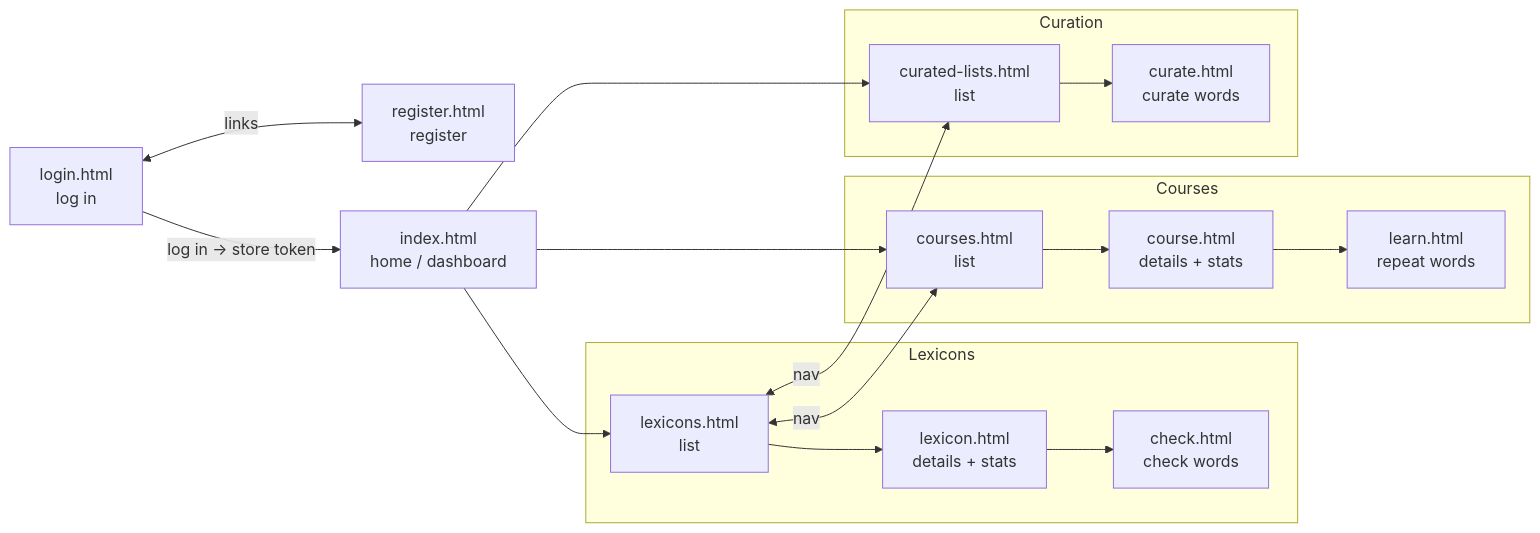
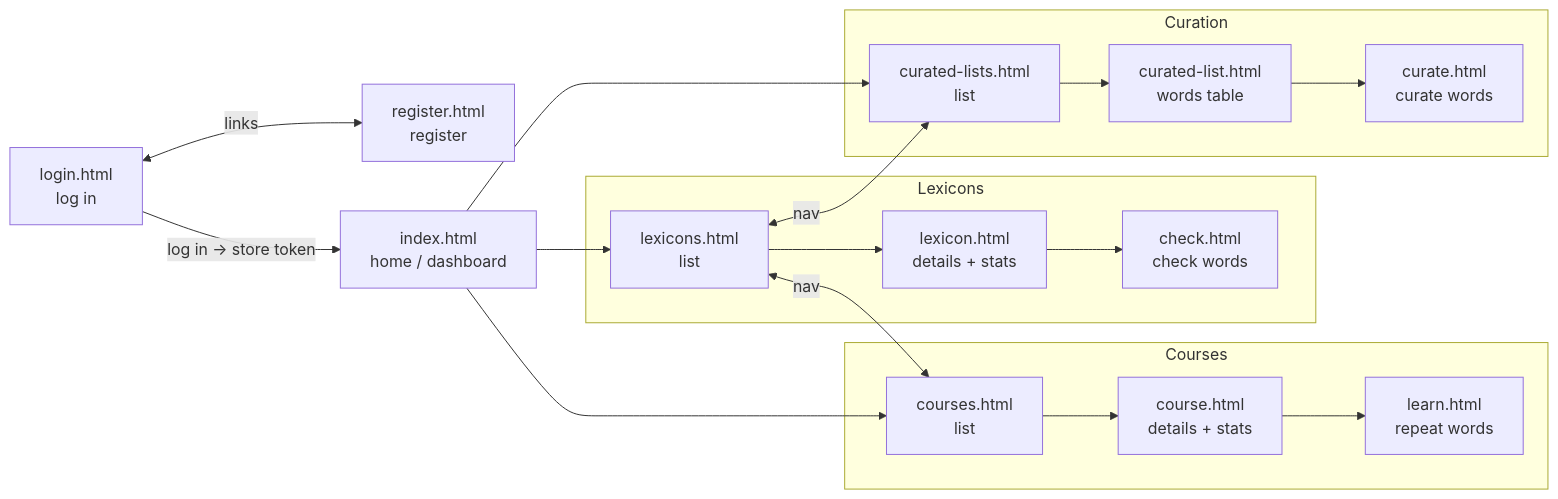
The first of 3 diagrams in web/README.md (enzet/Emmio), drawn with Mermaid before and after one commit. The commit also changed other lines of this file and 8 other files, not shown here.

````diff
--- a/web/README.md
+++ b/web/README.md
@@ -71,34 +72,35 @@
 ```mermaid
 flowchart LR
     login["login.html<br/>log in"]
     register["register.html<br/>register"]
     home["index.html<br/>home / dashboard"]
     login <-->|"links"| register
 
     subgraph lex["Lexicons"]
         lexicons["lexicons.html<br/>list"]
         lexicon["lexicon.html<br/>details + stats"]
         check["check.html<br/>check words"]
         lexicons --> lexicon --> check
     end
 
     subgraph courses["Courses"]
         courseList["courses.html<br/>list"]
         course["course.html<br/>details + stats"]
         learn["learn.html<br/>repeat words"]
         courseList --> course --> learn
     end
 
     subgraph curation["Curation"]
         curatedLists["curated-lists.html<br/>list"]
+        curatedList["curated-list.html<br/>words table"]
         curate["curate.html<br/>curate words"]
-        curatedLists --> curate
+        curatedLists --> curatedList --> curate
     end
 
     login -->|"log in → store token"| home
     home --> lexicons
     home --> courseList
     home --> curatedLists
     lexicons <-->|"nav"| courseList
     lexicons <-->|"nav"| curatedLists
 ```
````
